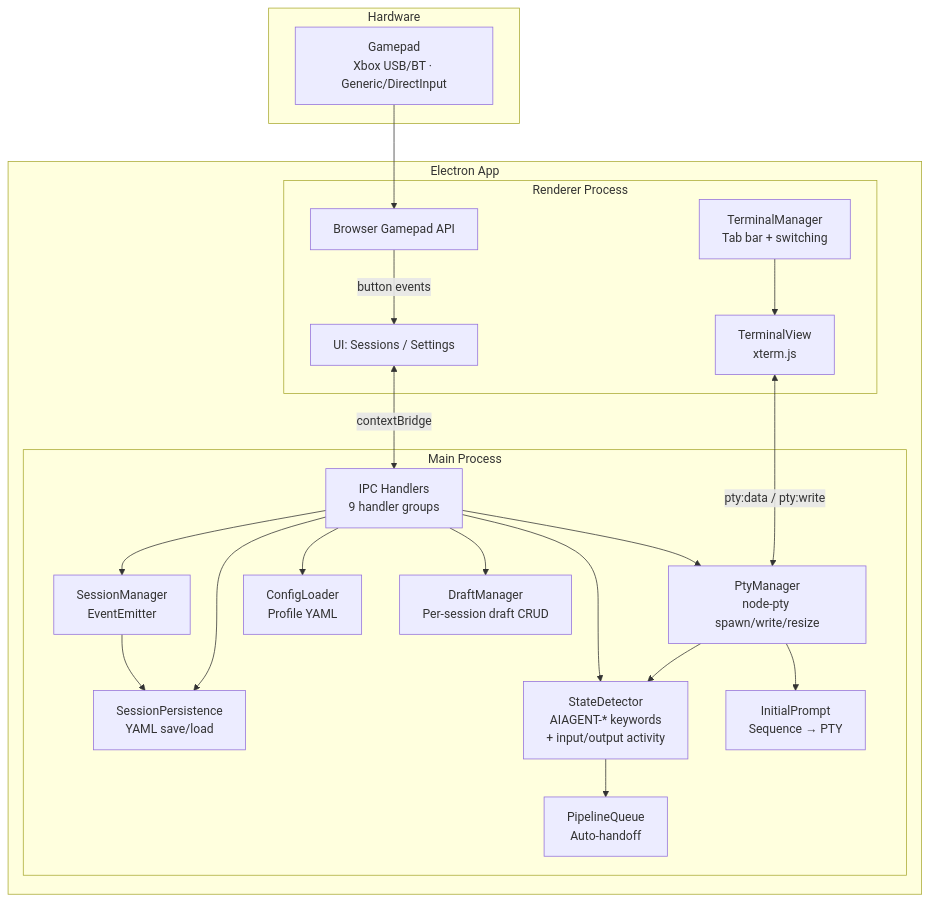
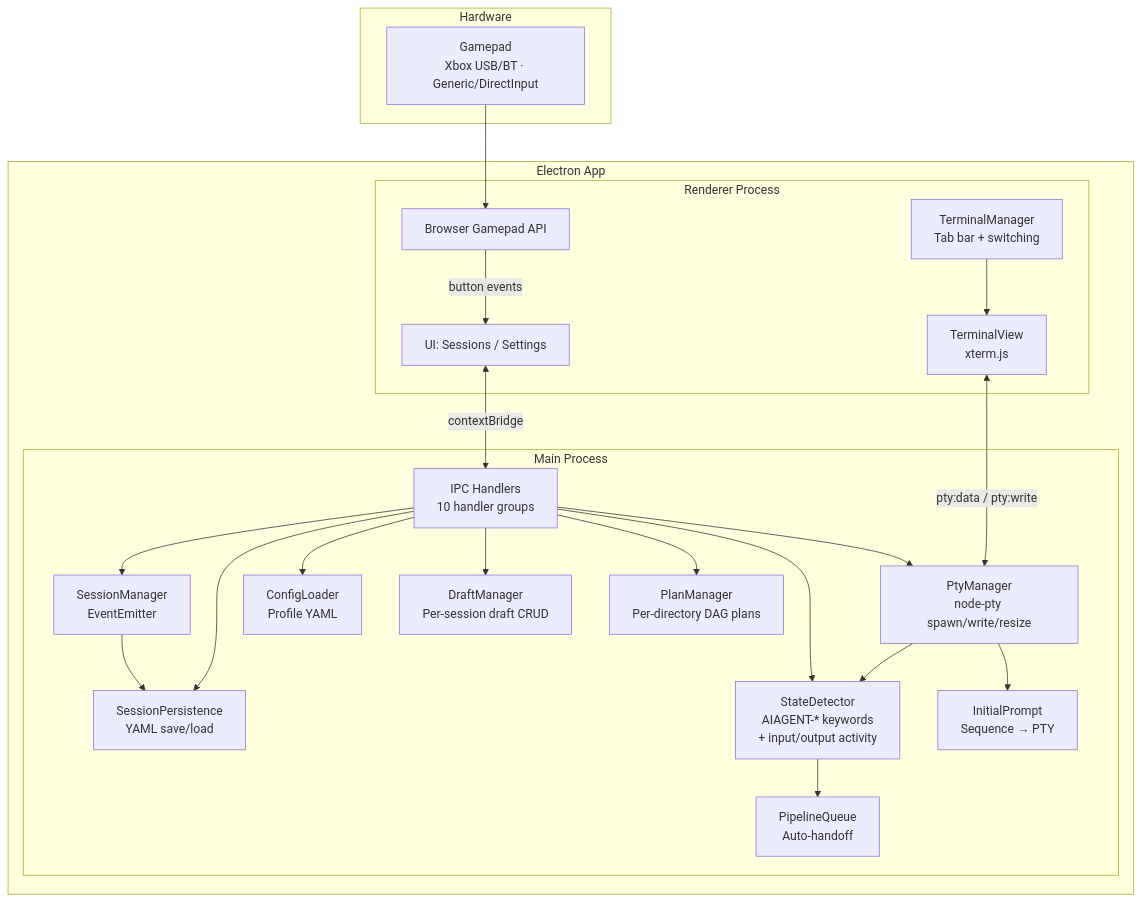
The diagram in CLAUDE.md (PetePeter/gamepad-cli-hub), drawn with Mermaid before and after one commit. The commit also changed other lines of this file and 32 other files, not shown here.

First line of the commit message:
feat: directory plans (NCN) + unified draft/plan editor

````diff
--- a/CLAUDE.md
+++ b/CLAUDE.md
@@ -9,44 +9,46 @@
 ```mermaid
 graph TB
     subgraph Hardware
         XC[Gamepad<br/>Xbox USB/BT · Generic/DirectInput]
     end
 
     subgraph "Electron App"
         subgraph "Renderer Process"
             UI[UI: Sessions / Settings]
             BGA[Browser Gamepad API]
             TM[TerminalManager<br/>Tab bar + switching]
             TV[TerminalView<br/>xterm.js]
         end
 
         subgraph "Main Process"
-            IPC[IPC Handlers<br/>9 handler groups]
+            IPC[IPC Handlers<br/>10 handler groups]
             SM[SessionManager<br/>EventEmitter]
             SP[SessionPersistence<br/>YAML save/load]
             PTY[PtyManager<br/>node-pty spawn/write/resize]
             SD[StateDetector<br/>AIAGENT-* keywords<br/>+ input/output activity]
             PQ[PipelineQueue<br/>Auto-handoff]
             IP[InitialPrompt<br/>Sequence → PTY]
             CL[ConfigLoader<br/>Profile YAML]
             DM[DraftManager<br/>Per-session draft CRUD]
+            PM[PlanManager<br/>Per-directory DAG plans]
         end
 
         UI <-->|contextBridge| IPC
         BGA -->|button events| UI
         TM --> TV
         TV <-->|pty:data / pty:write| PTY
     end
 
     XC --> BGA
     IPC --> SM
     IPC --> SP
     IPC --> PTY
     IPC --> CL
     IPC --> DM
+    IPC --> PM
     SM --> SP
     PTY --> SD
     IPC --> SD
     SD --> PQ
     PTY --> IP
 ```
````
